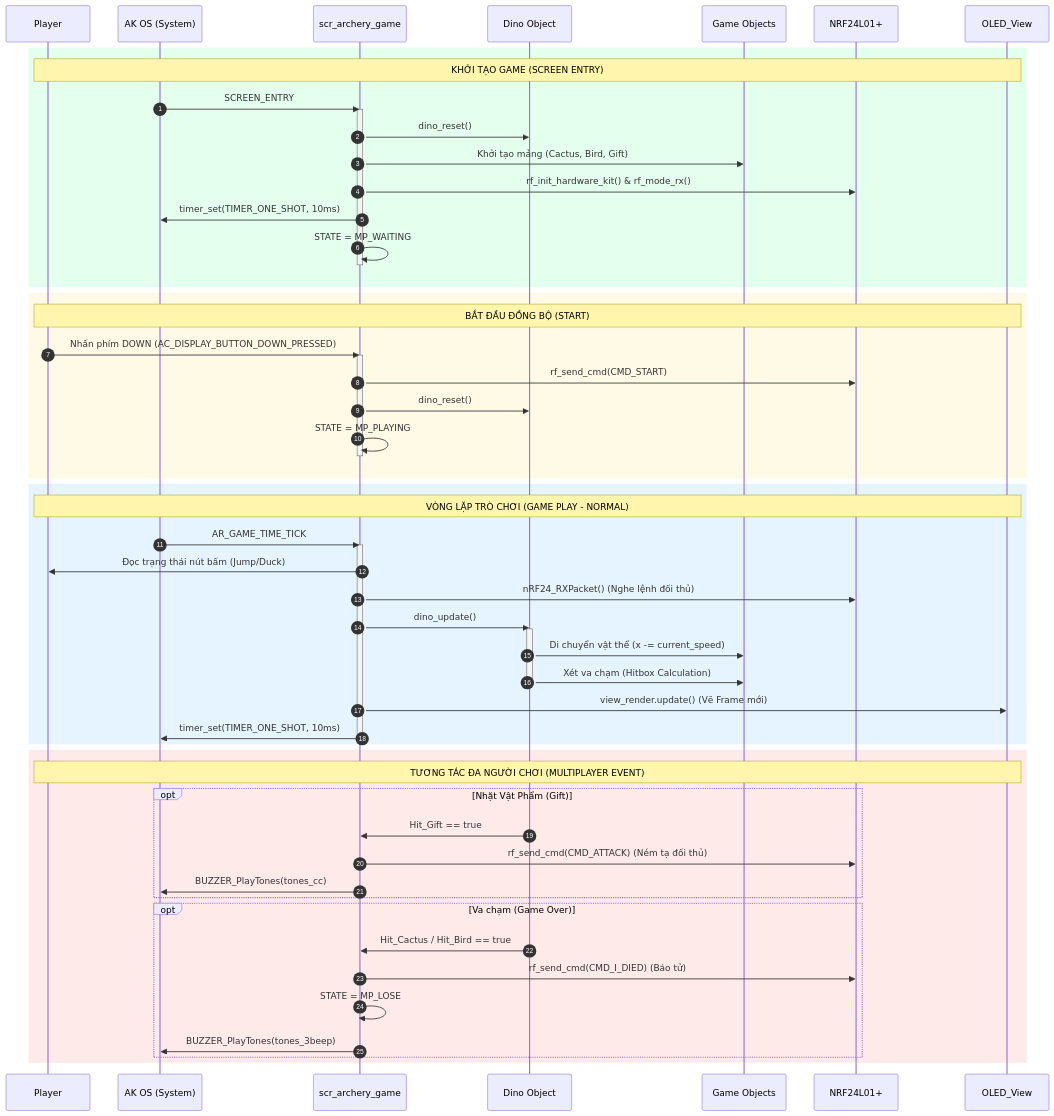
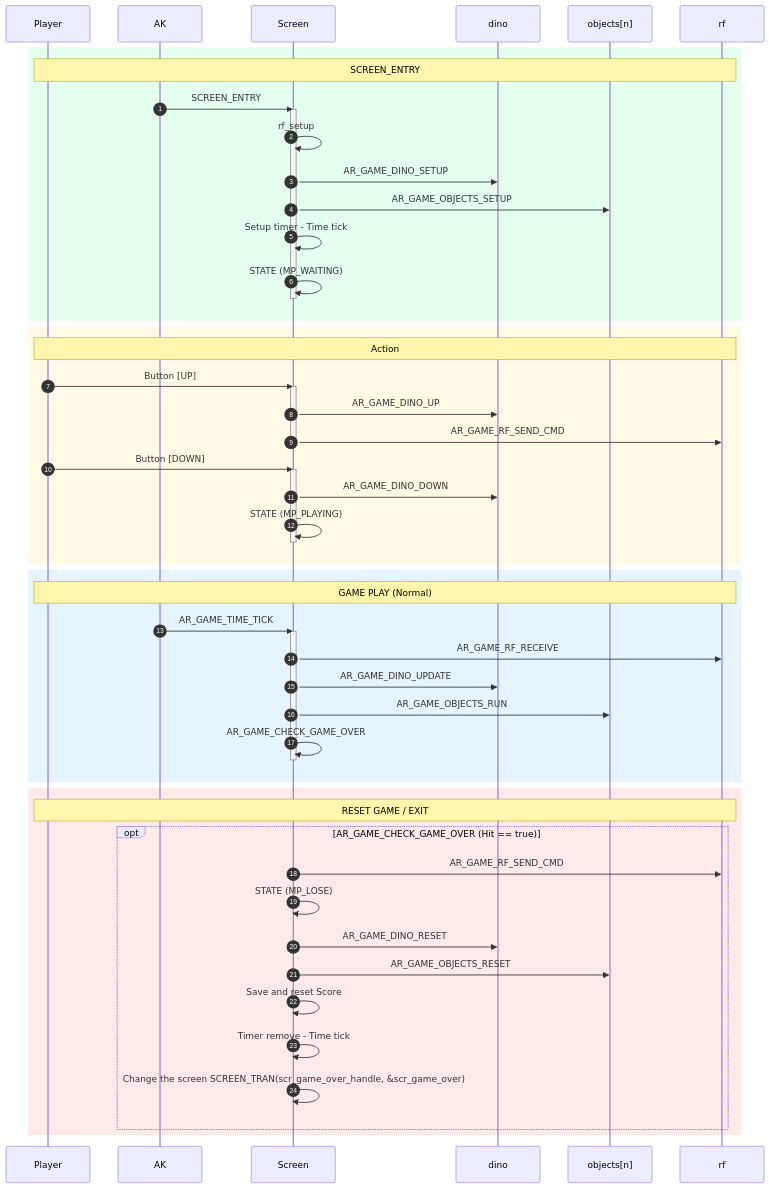
Before and after one commit to trqvu21/AK-KIT_DINOGAME: the diagram in README.md, drawn with Mermaid.

````diff
--- a/README.md
+++ b/README.md
@@ -63,64 +63,60 @@
 ```mermaid
 sequenceDiagram
     autonumber
     participant Player
-    participant AK_OS as AK OS (System)
-    participant Screen as scr_archery_game
-    participant Dino as Dino Object
-    participant Objects as Game Objects
-    participant RF as NRF24L01+
-    participant View as OLED_View
+    participant AK
+    participant Screen
+    participant dino
+    participant objects[n]
+    participant rf
 
     rect rgba(0, 255, 100, 0.1)
-    Note over Player, View: KHỞI TẠO GAME (SCREEN ENTRY)
-    AK_OS->>Screen: SCREEN_ENTRY
+    Note over Player, rf: SCREEN_ENTRY
+    AK->>Screen: SCREEN_ENTRY
     activate Screen
-    Screen->>Dino: dino_reset()
-    Screen->>Objects: Khởi tạo mảng (Cactus, Bird, Gift)
-    Screen->>RF: rf_init_hardware_kit() & rf_mode_rx()
-    Screen->>AK_OS: timer_set(TIMER_ONE_SHOT, 10ms)
-    Screen->>Screen: STATE = MP_WAITING
+    Screen->>Screen: rf_setup
+    Screen->>dino: AR_GAME_DINO_SETUP
+    Screen->>objects[n]: AR_GAME_OBJECTS_SETUP
+    Screen->>Screen: Setup timer - Time tick
+    Screen->>Screen: STATE (MP_WAITING)
     deactivate Screen
     end
 
     rect rgba(255, 200, 0, 0.1)
-    Note over Player, View: BẮT ĐẦU ĐỒNG BỘ (START)
-    Player->>Screen: Nhấn phím DOWN (AC_DISPLAY_BUTTON_DOWN_PRESSED)
+    Note over Player, rf: Action
+    Player->>Screen: Button [UP]
     activate Screen
-    Screen->>RF: rf_send_cmd(CMD_START)
-    Screen->>Dino: dino_reset()
-    Screen->>Screen: STATE = MP_PLAYING
+    Screen->>dino: AR_GAME_DINO_UP
+    Screen->>rf: AR_GAME_RF_SEND_CMD
+    deactivate Screen
+    Player->>Screen: Button [DOWN]
+    activate Screen
+    Screen->>dino: AR_GAME_DINO_DOWN
+    Screen->>Screen: STATE (MP_PLAYING)
     deactivate Screen
     end
 
     rect rgba(0, 150, 255, 0.1)
-    Note over Player, View: VÒNG LẶP TRÒ CHƠI (GAME PLAY - NORMAL)
-    AK_OS->>Screen: AR_GAME_TIME_TICK
+    Note over Player, rf: GAME PLAY (Normal)
+    AK->>Screen: AR_GAME_TIME_TICK
     activate Screen
-    Screen->>Player: Đọc trạng thái nút bấm (Jump/Duck)
-    Screen->>RF: nRF24_RXPacket() (Nghe lệnh đối thủ)
-    Screen->>Dino: dino_update()
-    activate Dino
-    Dino->>Objects: Di chuyển vật thể (x -= current_speed)
-    Dino->>Objects: Xét va chạm (Hitbox Calculation)
-    deactivate Dino
-    Screen->>View: view_render.update() (Vẽ Frame mới)
-    Screen->>AK_OS: timer_set(TIMER_ONE_SHOT, 10ms)
+    Screen->>rf: AR_GAME_RF_RECEIVE
+    Screen->>dino: AR_GAME_DINO_UPDATE
+    Screen->>objects[n]: AR_GAME_OBJECTS_RUN
+    Screen->>Screen: AR_GAME_CHECK_GAME_OVER
     deactivate Screen
     end
 
     rect rgba(255, 50, 50, 0.1)
-    Note over Player, View: TƯƠNG TÁC ĐA NGƯỜI CHƠI (MULTIPLAYER EVENT)
-    opt Nhặt Vật Phẩm (Gift)
-        Dino->>Screen: Hit_Gift == true
-        Screen->>RF: rf_send_cmd(CMD_ATTACK) (Ném tạ đối thủ)
-        Screen->>AK_OS: BUZZER_PlayTones(tones_cc)
-    end
-    opt Va chạm (Game Over)
-        Dino->>Screen: Hit_Cactus / Hit_Bird == true
-        Screen->>RF: rf_send_cmd(CMD_I_DIED) (Báo tử)
-        Screen->>Screen: STATE = MP_LOSE
-        Screen->>AK_OS: BUZZER_PlayTones(tones_3beep)
+    Note over Player, rf: RESET GAME / EXIT
+    opt AR_GAME_CHECK_GAME_OVER (Hit == true)
+        Screen->>rf: AR_GAME_RF_SEND_CMD
+        Screen->>Screen: STATE (MP_LOSE)
+        Screen->>dino: AR_GAME_DINO_RESET
+        Screen->>objects[n]: AR_GAME_OBJECTS_RESET
+        Screen->>Screen: Save and reset Score
+        Screen->>Screen: Timer remove - Time tick
+        Screen->>Screen: Change the screen SCREEN_TRAN(scr_game_over_handle, &scr_game_over)
     end
     end
 ```
````
